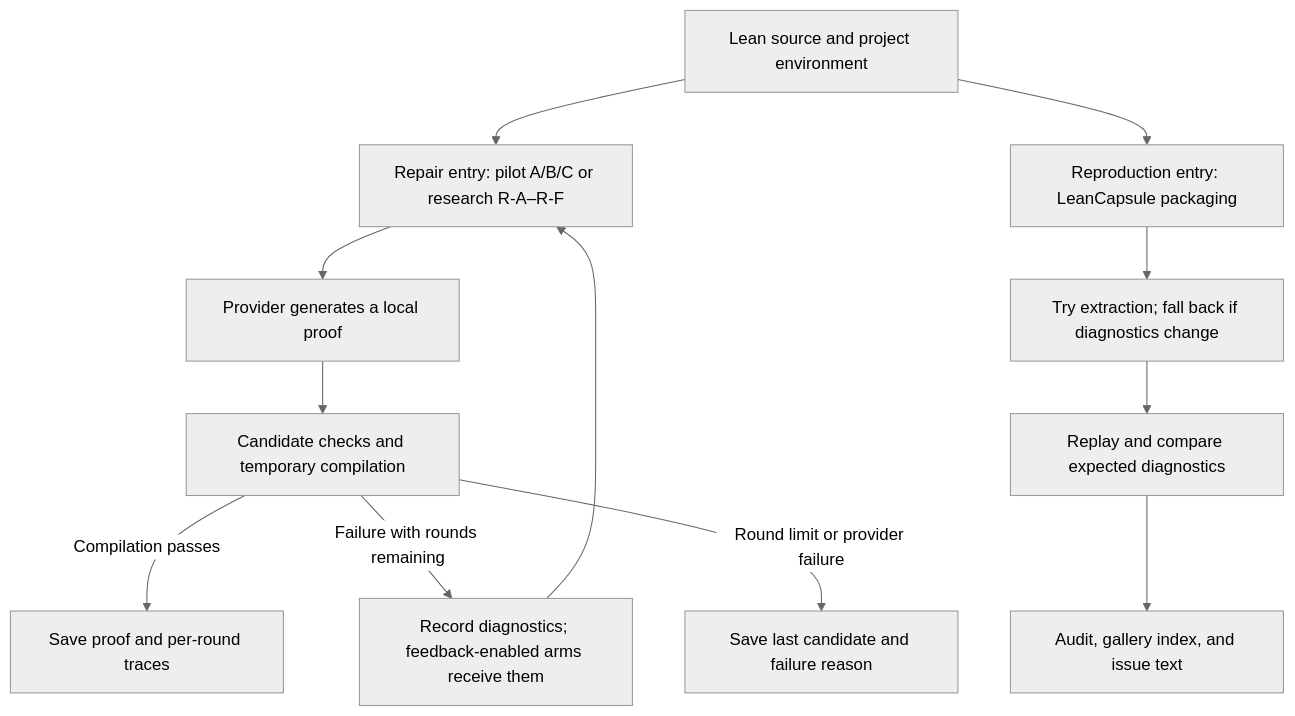
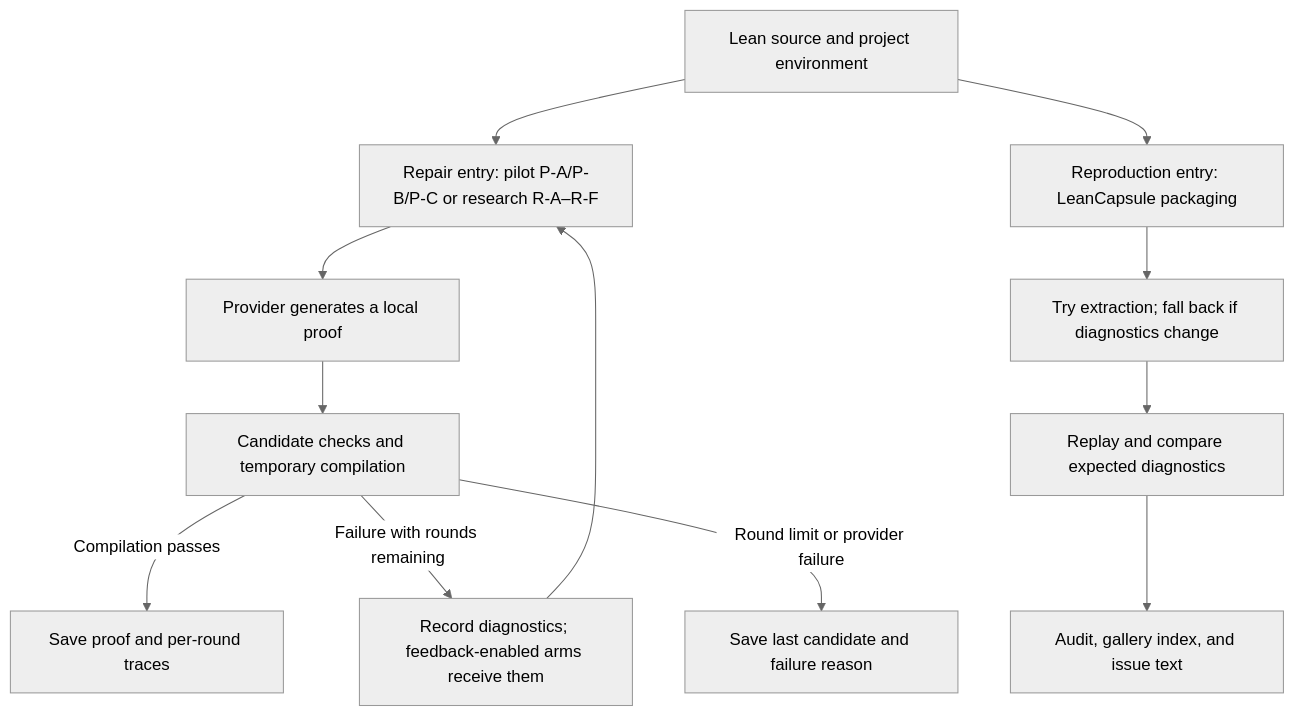
Before and after one commit to runqi-allen-wang/TRACER-Typed-Repair-Agent-with-Compiler-validated-Example-Retrieval: the diagram in README.md, drawn with Mermaid (neutral theme). The commit also changed other lines of this file and 4 other files, not shown here.

````diff
--- a/README.md
+++ b/README.md
@@ -78,14 +78,14 @@
 ```mermaid
 flowchart TD
-    S["Lean source and project environment"] --> A["Repair entry: pilot A/B/C or research R-A–R-F"]
+    S["Lean source and project environment"] --> A["Repair entry: pilot P-A/P-B/P-C or research R-A–R-F"]
     A --> P["Provider generates a local proof"]
     P --> V["Candidate checks and temporary compilation"]
     V -->|"Compilation passes"| O["Save proof and per-round traces"]
     V -->|"Failure with rounds remaining"| F["Record diagnostics; feedback-enabled arms receive them"]
     F --> A
     V -->|"Round limit or provider failure"| E["Save last candidate and failure reason"]
     S --> K["Reproduction entry: LeanCapsule packaging"]
     K --> X["Try extraction; fall back if diagnostics change"]
     X --> R["Replay and compare expected diagnostics"]
     R --> G["Audit, gallery index, and issue text"]
 ```
````
